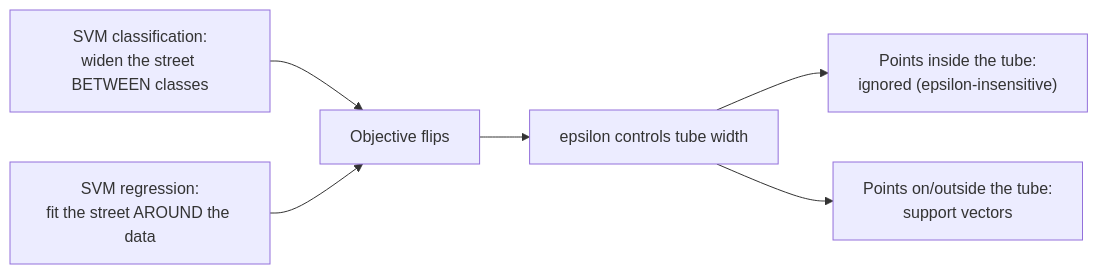
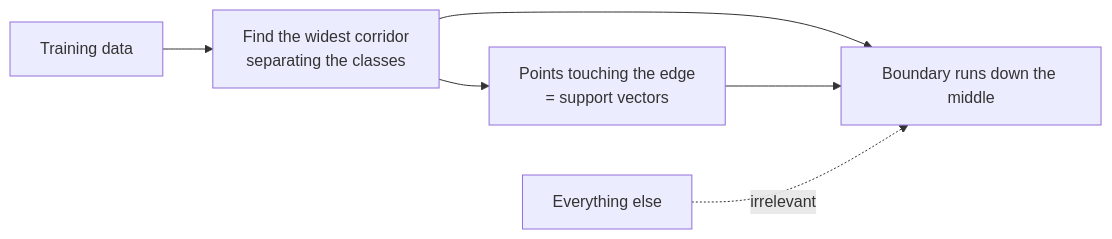
Before and after one commit to Ravikisha/PythonCentralHub: the diagram in src/content/docs/Machine Learning/Phase 04 - Supervised Learning - Classification/Support Vector Machines (SVM).mdx, drawn with Mermaid. The commit also changed other lines of this file and 1327 other files, not shown here.

````diff
--- a/src/content/docs/Machine Learning/Phase 04 - Supervised Learning - Classification/Support Vector Machines (SVM).mdx
+++ b/src/content/docs/Machine Learning/Phase 04 - Supervised Learning - Classification/Support Vector Machines (SVM).mdx
@@ -265,8 +35,8 @@
-```mermaid title="SVM Regression vs SVM classification" desc="Classification widens the street between classes; regression fits the street around the data and ignores points already inside it."
+```mermaid
 flowchart LR
-  A["SVM classification:<br/>widen the street BETWEEN classes"] --> C["Objective flips"]
-  B["SVM regression:<br/>fit the street AROUND the data"] --> C
-  C --> D["epsilon controls tube width"]
-  D --> E["Points inside the tube:<br/>ignored (epsilon-insensitive)"]
-  D --> F["Points on/outside the tube:<br/>support vectors"]
+  D["Training data"] --> M["Find the widest corridor<br/>separating the classes"]
+  M --> SV["Points touching the edge<br/>= support vectors"]
+  M --> B["Boundary runs down the middle"]
+  SV --> B
+  X["Everything else"] -.->|"irrelevant"| B
 ```
````
